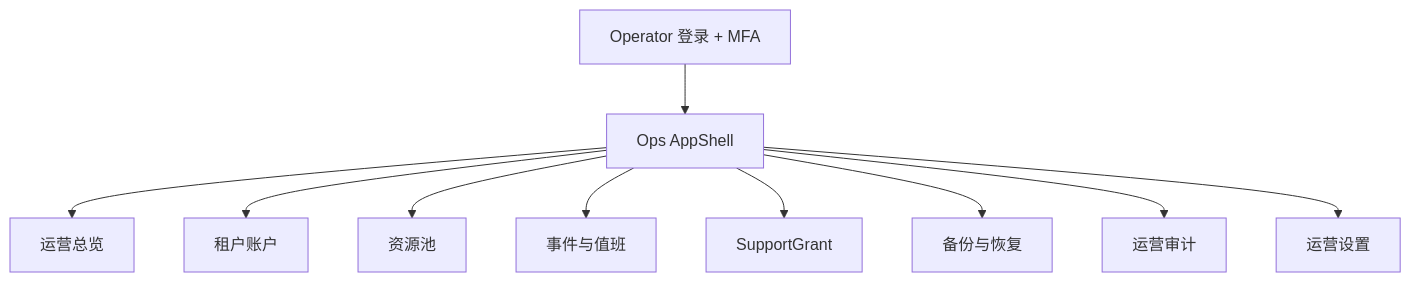
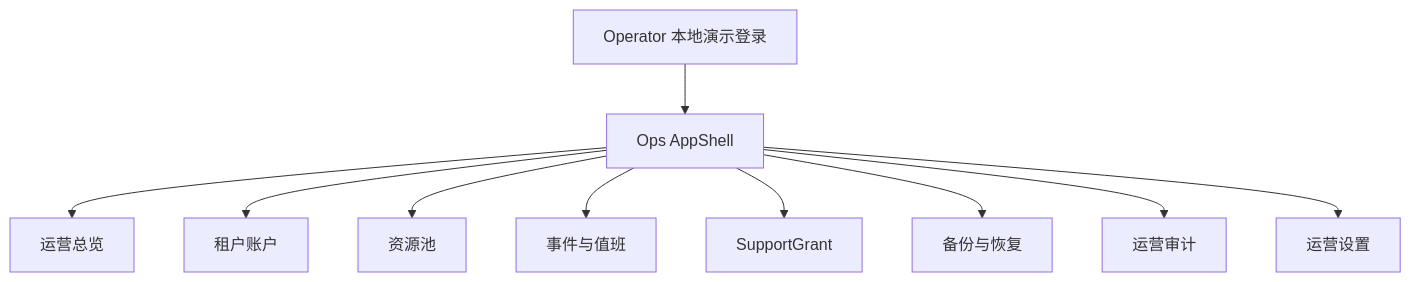
One commit to wosledon/regent-agent changed the second of 2 diagrams in docs/design/48-frontend-route-map.md. Above: the diagram before and after it, drawn with Mermaid. The commit also changed other lines of this file and 242 other files, not shown here.

````diff
--- a/docs/design/48-frontend-route-map.md
+++ b/docs/design/48-frontend-route-map.md
@@ -89,12 +91,12 @@
 ```mermaid
 flowchart TB
-    OpsLogin["Operator 登录 + MFA"] --> OpsShell["Ops AppShell"]
+    OpsLogin["Operator 本地演示登录"] --> OpsShell["Ops AppShell"]
     OpsShell --> Overview["运营总览"]
     OpsShell --> Tenants["租户账户"]
     OpsShell --> Resources["资源池"]
     OpsShell --> Incidents["事件与值班"]
     OpsShell --> Support["SupportGrant"]
     OpsShell --> Backups["备份与恢复"]
     OpsShell --> Audit["运营审计"]
     OpsShell --> Settings["运营设置"]
 ```
````
